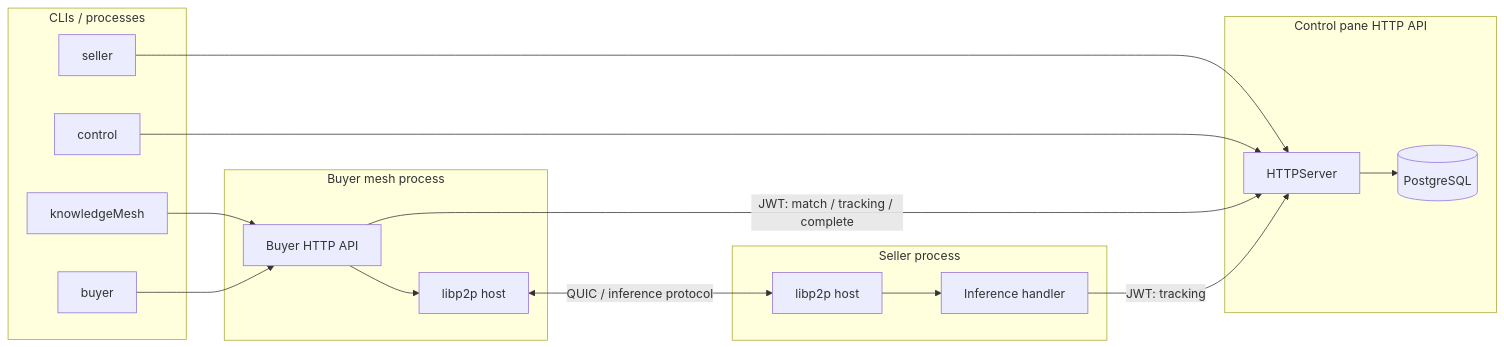
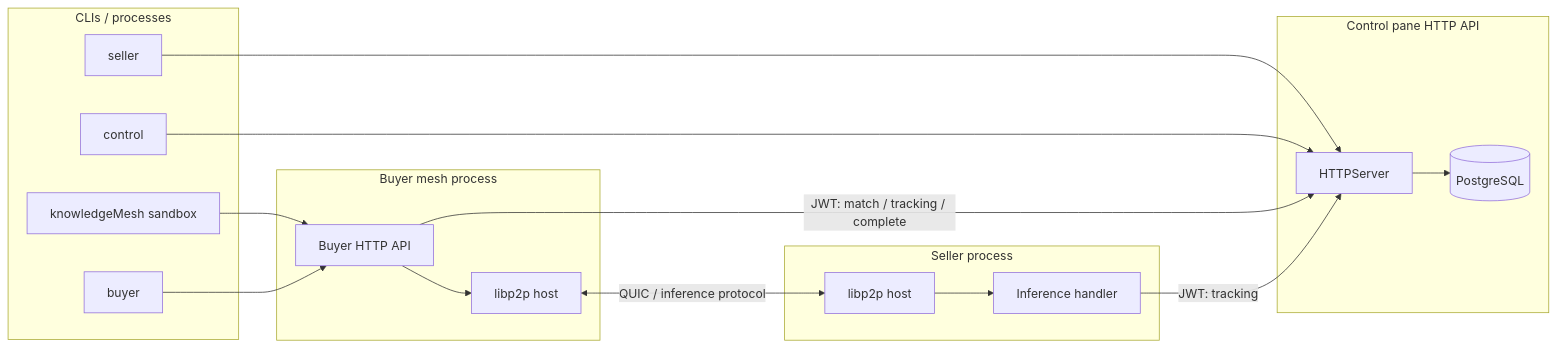
Before and after one commit to Knowledge-Mesh/knowledgeMesh: the fifth of 6 diagrams in ARCHITECTURE.md, drawn with Mermaid. The commit also changed other lines of this file and 43 other files, not shown here.

````diff
--- a/ARCHITECTURE.md
+++ b/ARCHITECTURE.md
@@ -138,35 +142,35 @@
 ```mermaid
 flowchart LR
   subgraph clients["CLIs / processes"]
-    KM[knowledgeMesh]
-    BuyerCLI[buyer]
-    SellerCLI[seller]
-    CtlBin[control]
+  KM[knowledgeMesh sandbox]
+  BuyerCLI[buyer]
+  SellerCLI[seller]
+  CtlBin[control]
   end
 
   subgraph control["Control pane HTTP API"]
     API[HTTPServer]
     PG[(PostgreSQL)]
     API --> PG
   end
 
   subgraph mesh["Buyer mesh process"]
     BuyerAPI[Buyer HTTP API]
     P2PB[libp2p host]
     BuyerAPI --> P2PB
   end
 
   subgraph sellerProc["Seller process"]
     P2PS[libp2p host]
     INF[Inference handler]
     P2PS --> INF
   end
 
   KM --> BuyerAPI
   BuyerCLI --> BuyerAPI
   SellerCLI --> API
   CtlBin --> API
   BuyerAPI -->|"JWT: match / tracking / complete"| API
   INF -->|"JWT: tracking"| API
   P2PB <-->|"QUIC / inference protocol"| P2PS
 ```
````
